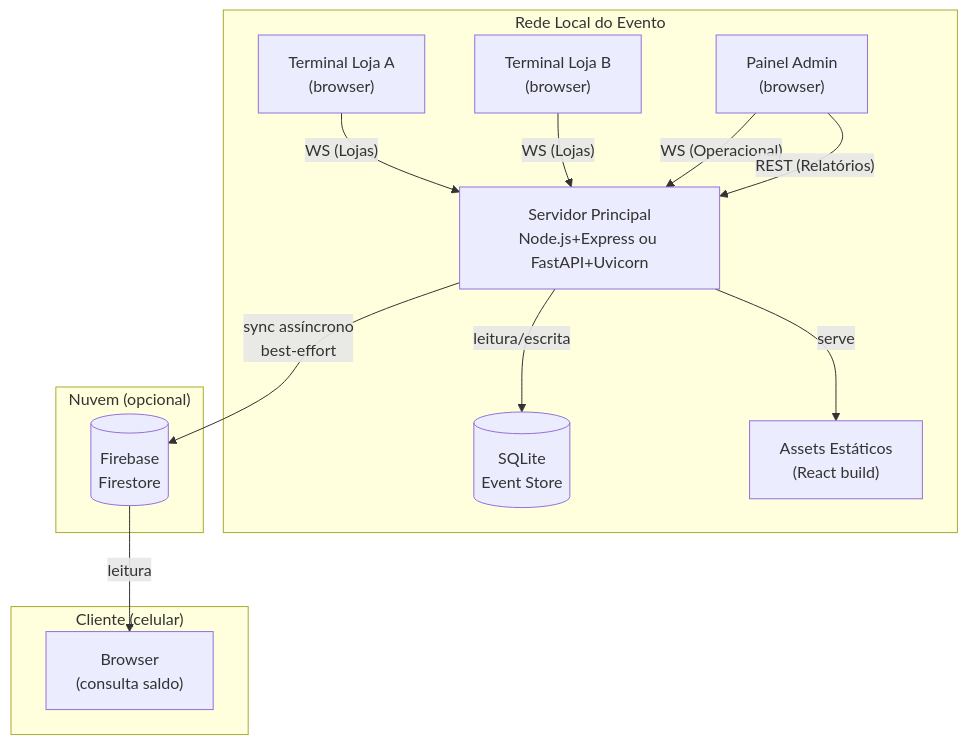
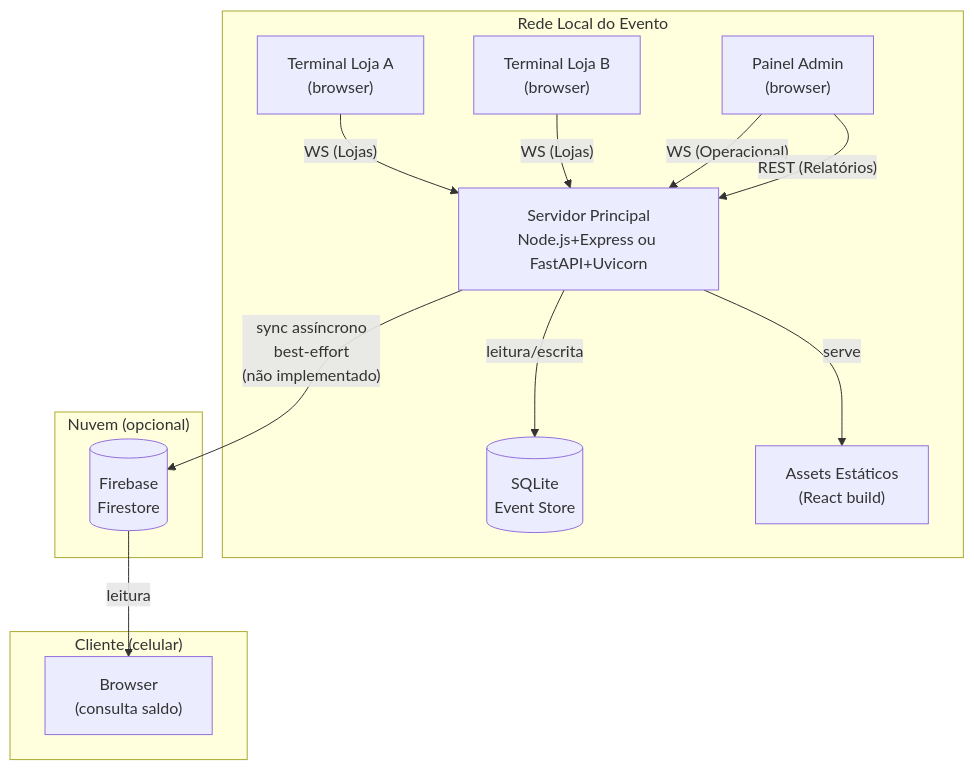
One commit to fiorionrails/feira-da-troca changed the diagram in docs/architecture/overview.md. Above: the diagram before and after it, drawn with Mermaid. The commit also changed other lines of this file and 3 other files, not shown here.

````diff
--- a/docs/architecture/overview.md
+++ b/docs/architecture/overview.md
@@ -64,30 +66,30 @@
 ```mermaid
 graph TB
     subgraph rede_local["Rede Local do Evento"]
         terminal_a["Terminal Loja A\n(browser)"]
         terminal_b["Terminal Loja B\n(browser)"]
         admin["Painel Admin\n(browser)"]
         
         servidor["Servidor Principal\nNode.js+Express ou FastAPI+Uvicorn"]
         sqlite[("SQLite\nEvent Store")]
         static["Assets Estáticos\n(React build)"]
         
         terminal_a -- "WS (Lojas)" --> servidor
         terminal_b -- "WS (Lojas)" --> servidor
         admin -- "WS (Operacional)" --> servidor
         admin -- "REST (Relatórios)" --> servidor
         servidor -- "leitura/escrita" --> sqlite
         servidor -- "serve" --> static
     end
     
     subgraph nuvem["Nuvem (opcional)"]
         firebase[("Firebase\nFirestore")]
     end
     
     subgraph cliente["Cliente (celular)"]
         app["Browser\n(consulta saldo)"]
     end
     
-    servidor -- "sync assíncrono\nbest-effort" --> firebase
+    servidor -- "sync assíncrono\nbest-effort\n(não implementado)" --> firebase
     firebase -- "leitura" --> app
 ```
````
